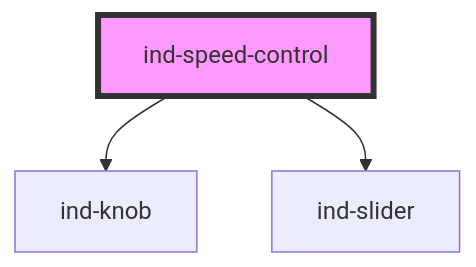
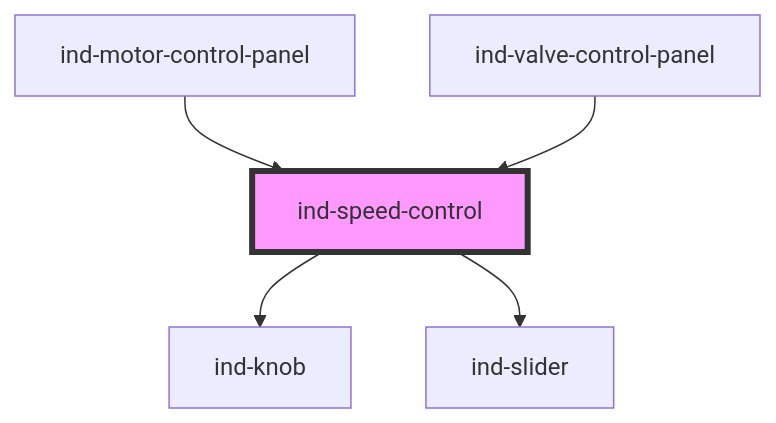
Before and after one commit to christophe77/in-ds: the diagram in packages/core/src/components/molecules/speed-control/readme.md, drawn with Mermaid. The commit also changed other lines of this file and 106 other files, not shown here.

````diff
--- a/packages/core/src/components/molecules/speed-control/readme.md
+++ b/packages/core/src/components/molecules/speed-control/readme.md
@@ -51,6 +56,8 @@
 ```mermaid
 graph TD;
   ind-speed-control --> ind-knob
   ind-speed-control --> ind-slider
+  ind-motor-control-panel --> ind-speed-control
+  ind-valve-control-panel --> ind-speed-control
   style ind-speed-control fill:#f9f,stroke:#333,stroke-width:4px
 ```
````
